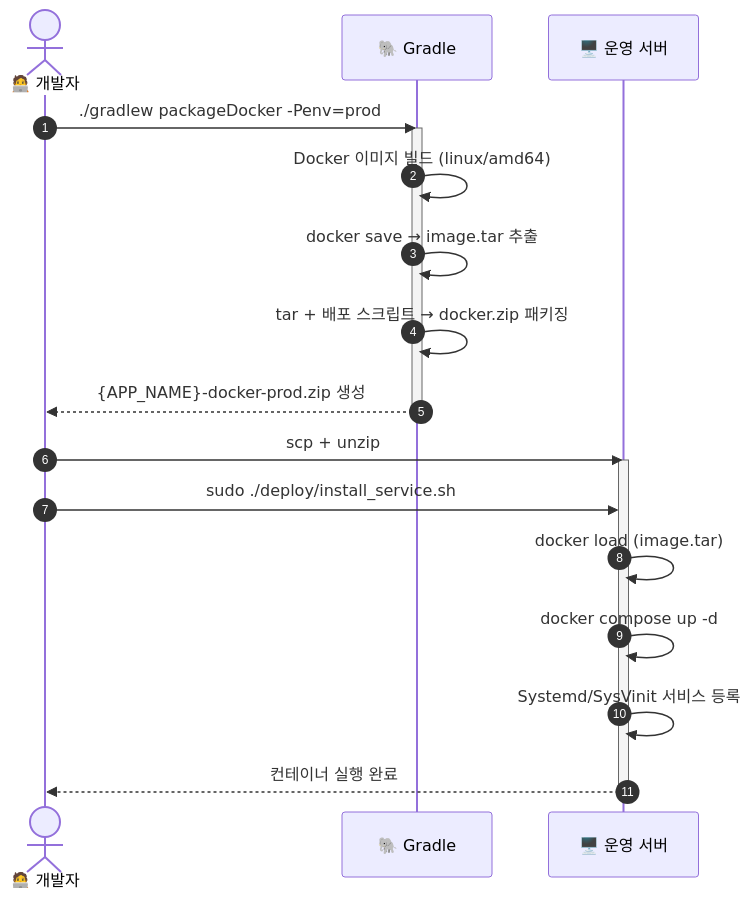
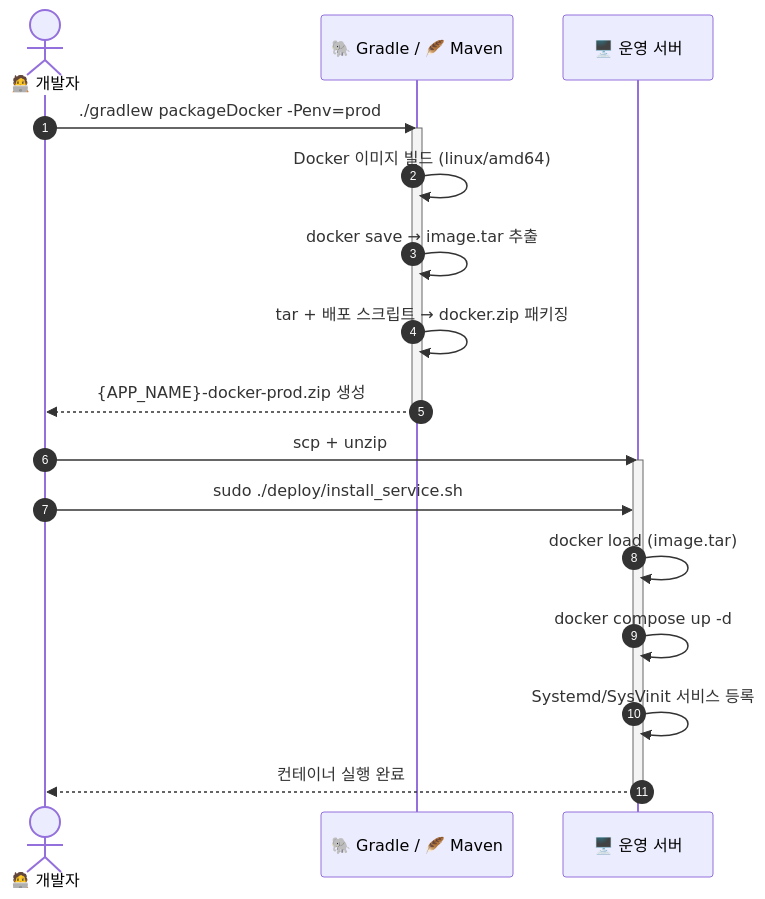
Before and after one commit to MJ-Youn/build-template: the third of 4 diagrams in DEVELOPER_GUIDE.md, drawn with Mermaid. The commit also changed other lines of this file, not shown here.

````diff
--- a/DEVELOPER_GUIDE.md
+++ b/DEVELOPER_GUIDE.md
@@ -461,24 +461,24 @@
 ```mermaid
 sequenceDiagram
     autonumber
     actor Dev as 🧑‍💻 개발자
-    participant Gradle as 🐘 Gradle
+    participant Gradle as 🐘 Gradle / 🪶 Maven
     participant Server as 🖥️ 운영 서버
 
     Dev->>Gradle: ./gradlew packageDocker -Penv=prod
     activate Gradle
     Gradle->>Gradle: Docker 이미지 빌드 (linux/amd64)
     Gradle->>Gradle: docker save → image.tar 추출
     Gradle->>Gradle: tar + 배포 스크립트 → docker.zip 패키징
     Gradle-->>Dev: {APP_NAME}-docker-prod.zip 생성
     deactivate Gradle
 
     Dev->>Server: scp + unzip
     activate Server
     Dev->>Server: sudo ./deploy/install_service.sh
     Server->>Server: docker load (image.tar)
     Server->>Server: docker compose up -d
     Server->>Server: Systemd/SysVinit 서비스 등록
     Server-->>Dev: 컨테이너 실행 완료
     deactivate Server
 ```
````
